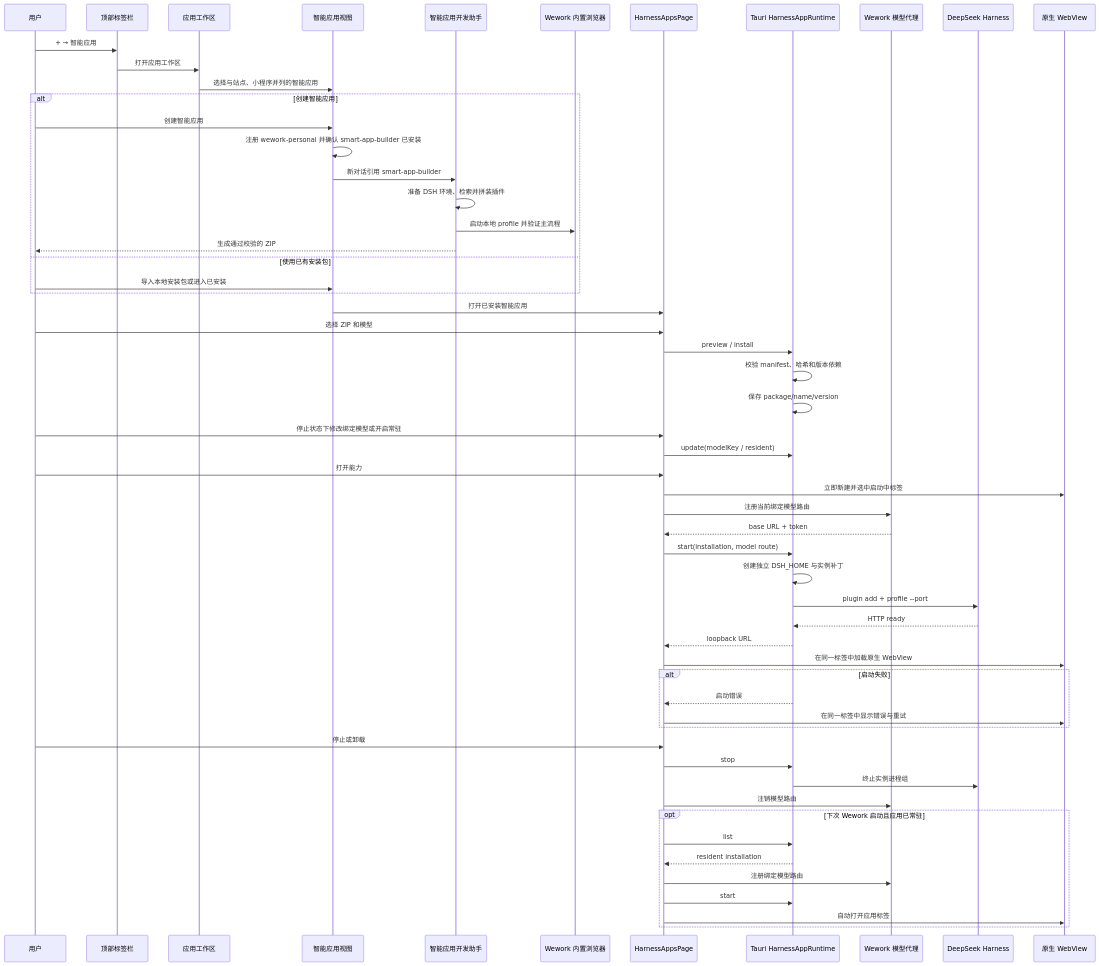
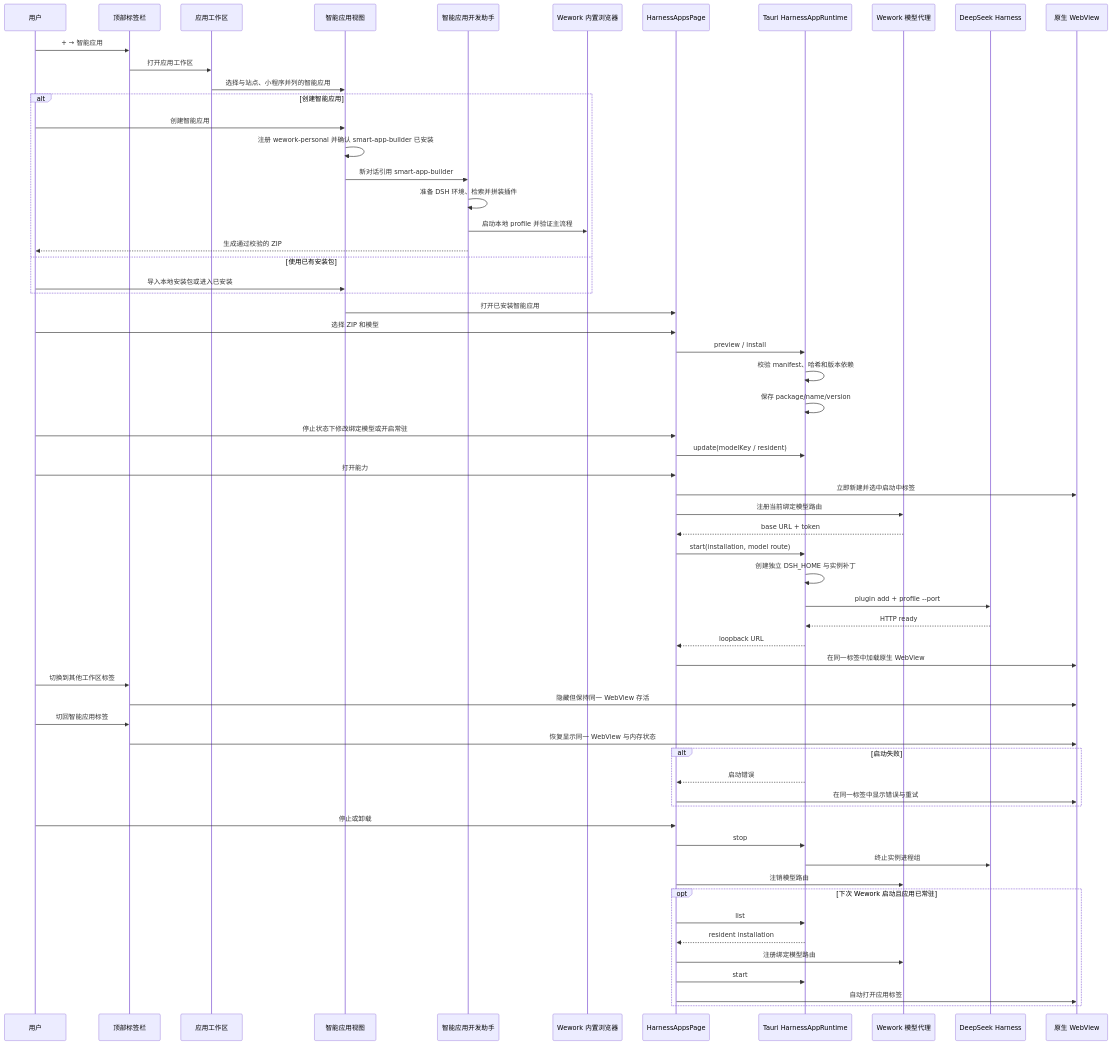
One commit to wecode-ai/wegent-docs changed the second of 2 diagrams in i18n/zh/docusaurus-plugin-content-docs/current/architecture/deepseek-harness-apps.md. Above: the diagram before and after it, drawn with Mermaid. The commit also changed other lines of this file and 3 other files, not shown here.

````diff
--- a/i18n/zh/docusaurus-plugin-content-docs/current/architecture/deepseek-harness-apps.md
+++ b/i18n/zh/docusaurus-plugin-content-docs/current/architecture/deepseek-harness-apps.md
@@ -55,61 +57,65 @@
 ```mermaid
 sequenceDiagram
     participant U as 用户
     participant C as 顶部标签栏
     participant A as 应用工作区
     participant M as 智能应用视图
     participant B as 智能应用开发助手
     participant WB as Wework 内置浏览器
     participant UI as HarnessAppsPage
     participant T as Tauri HarnessAppRuntime
     participant P as Wework 模型代理
     participant D as DeepSeek Harness
     participant W as 原生 WebView
 
     U->>C: + → 智能应用
     C->>A: 打开应用工作区
     A->>M: 选择与站点、小程序并列的智能应用
     alt 创建智能应用
         U->>M: 创建智能应用
         M->>M: 注册 wework-personal 并确认 smart-app-builder 已安装
         M->>B: 新对话引用 smart-app-builder
         B->>B: 准备 DSH 环境、检索并拼装插件
         B->>WB: 启动本地 profile 并验证主流程
         B-->>U: 生成通过校验的 ZIP
     else 使用已有安装包
         U->>M: 导入本地安装包或进入已安装
     end
     M->>UI: 打开已安装智能应用
     U->>UI: 选择 ZIP 和模型
     UI->>T: preview / install
     T->>T: 校验 manifest、哈希和版本依赖
     T->>T: 保存 package/name/version
     U->>UI: 停止状态下修改绑定模型或开启常驻
     UI->>T: update(modelKey / resident)
     U->>UI: 打开能力
     UI->>W: 立即新建并选中启动中标签
     UI->>P: 注册当前绑定模型路由
     P-->>UI: base URL + token
     UI->>T: start(installation, model route)
     T->>T: 创建独立 DSH_HOME 与实例补丁
     T->>D: plugin add + profile --port
     D-->>T: HTTP ready
     T-->>UI: loopback URL
     UI->>W: 在同一标签中加载原生 WebView
+    U->>C: 切换到其他工作区标签
+    C->>W: 隐藏但保持同一 WebView 存活
+    U->>C: 切回智能应用标签
+    C->>W: 恢复显示同一 WebView 与内存状态
     alt 启动失败
         T-->>UI: 启动错误
         UI->>W: 在同一标签中显示错误与重试
     end
     U->>UI: 停止或卸载
     UI->>T: stop
     T->>D: 终止实例进程组
     UI->>P: 注销模型路由
 
     opt 下次 Wework 启动且应用已常驻
         UI->>T: list
         T-->>UI: resident installation
         UI->>P: 注册绑定模型路由
         UI->>T: start
         UI->>W: 自动打开应用标签
     end
 ```
````
